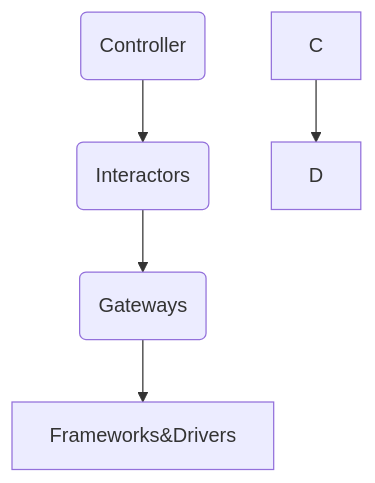
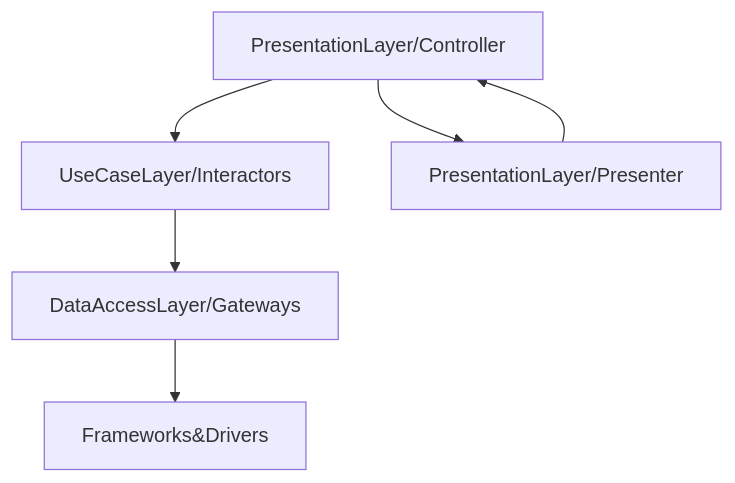
The diagram in README.md (viniciusborgeis/luizalabs-test), drawn with Mermaid before and after one commit. The commit also changed other lines of this file, not shown here.

````diff
--- a/README.md
+++ b/README.md
@@ -91,7 +99,9 @@
 ```mermaid
 graph TD;
-    PresentationLayer(Controller)-->UseCaseLayer(Interactors);
-    UseCaseLayer(Interactors)-->DataAccessLayer(Gateways);
-    DataAccessLayer(Gateways)-->Frameworks&Drivers;
-    C-->D;
+    PresentationLayer/Controller-->UseCaseLayer/Interactors;
+    PresentationLayer/Controller-->PresentationLayer/Presenter;
+    PresentationLayer/Presenter-->PresentationLayer/Controller
+    UseCaseLayer/Interactors-->DataAccessLayer/Gateways;
+    DataAccessLayer/Gateways-->Frameworks&Drivers;
+    Frameworks&Drivers;
 ```
````
